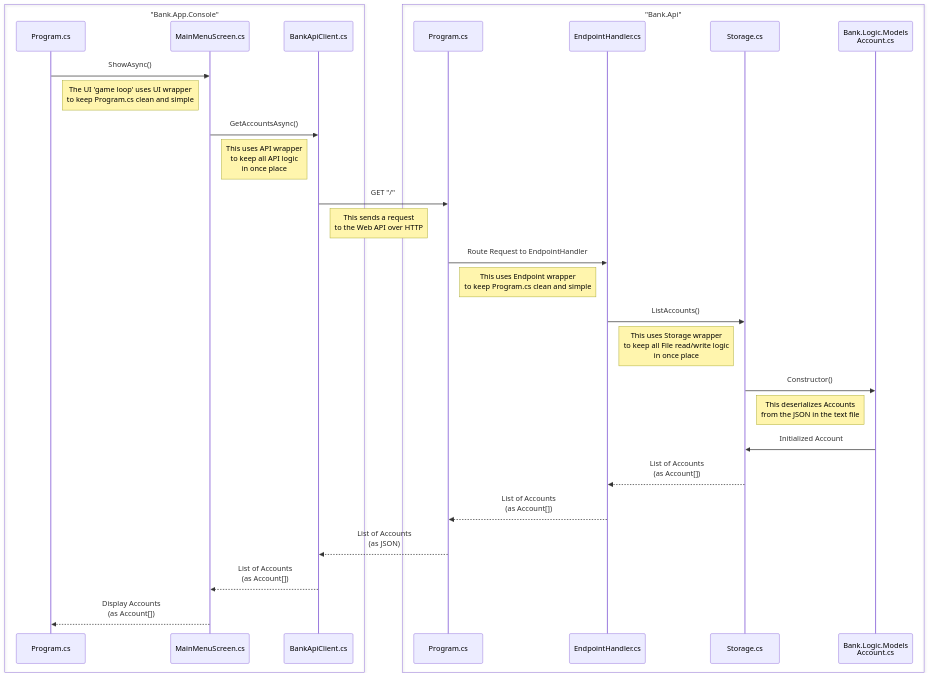
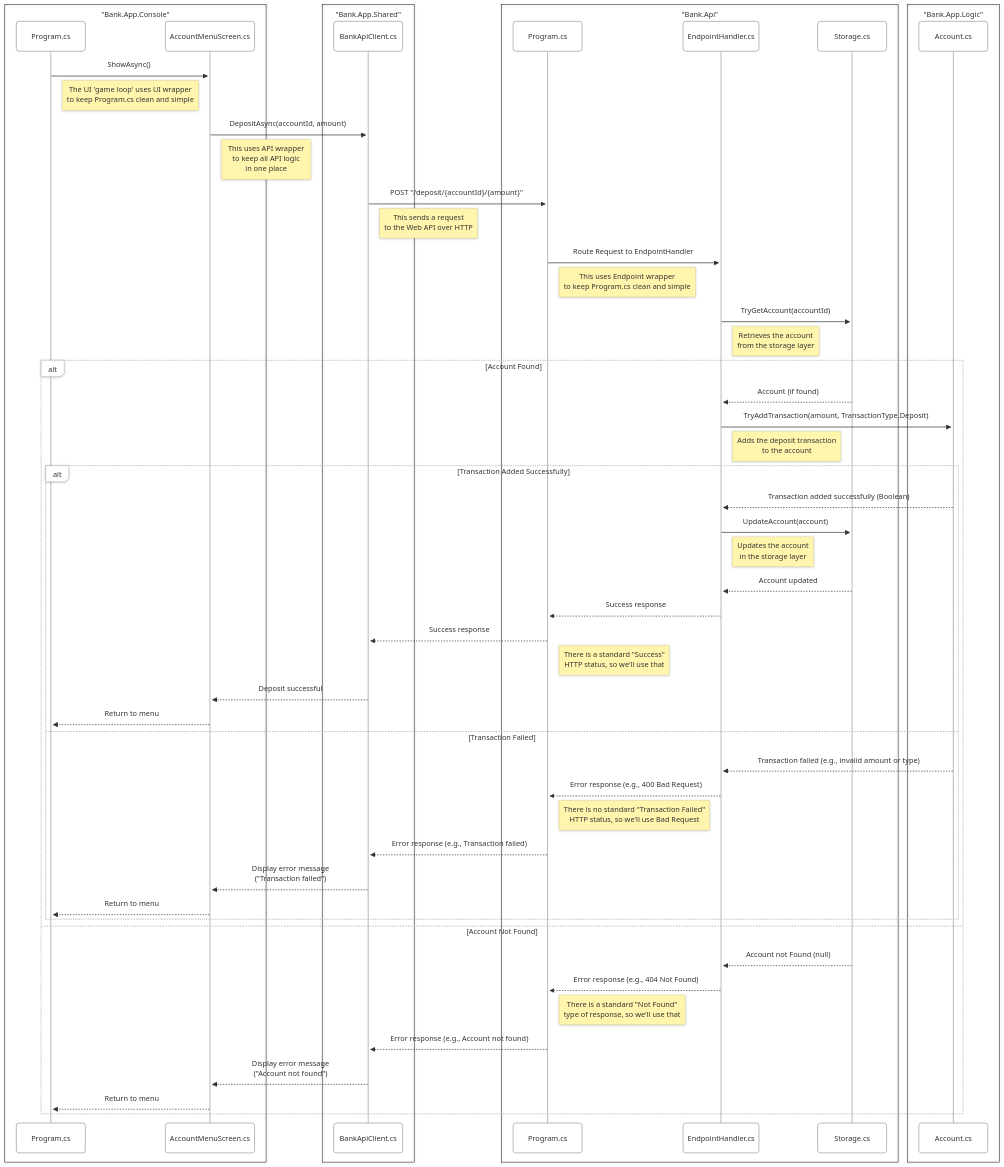
Before and after one commit to ColoradoChristianUniversity/CIS-230-SP25-W12: the second of 3 diagrams in README.md, drawn with Mermaid.

````diff
--- a/README.md
+++ b/README.md
@@ -65,34 +65,64 @@
 ```mermaid
+---
+config:
+  theme: neo
+  look: neo
+---
 sequenceDiagram
     box "Bank.App.Console"
         participant ConsoleApp as Program.cs
-        participant MainMenu as MainMenuScreen.cs
+        participant AccountMenu as AccountMenuScreen.cs
+    end
+    box "Bank.App.Shared"
         participant ApiClient as BankApiClient.cs
     end
-
     box "Bank.Api"
         participant Api as Program.cs
         participant Endpoint as EndpointHandler.cs
         participant Storage as Storage.cs
-        participant Account as Bank.Logic.Models<br/>Account.cs
+    end
+    box "Bank.App.Logic"
+        participant Account as Account.cs
     end
 
-    ConsoleApp->>MainMenu: ShowAsync()
+    ConsoleApp->>AccountMenu: ShowAsync()
     note right of ConsoleApp: The UI 'game loop' uses UI wrapper<br/>to keep Program.cs clean and simple
-    MainMenu->>ApiClient: GetAccountsAsync()
-    note right of MainMenu: This uses API wrapper<br/>to keep all API logic<br/>in once place
-    ApiClient->>Api: GET "/"
-    note right of ApiClient: This sends a request<br />to the Web API over HTTP
+    AccountMenu->>ApiClient: DepositAsync(accountId, amount)
+    note right of AccountMenu: This uses API wrapper<br/>to keep all API logic<br/>in one place
+    ApiClient->>Api: POST "/deposit/{accountId}/{amount}"
+    note right of ApiClient: This sends a request<br/>to the Web API over HTTP
     Api->>Endpoint: Route Request to EndpointHandler
     note right of Api: This uses Endpoint wrapper<br/>to keep Program.cs clean and simple
-    Endpoint->>Storage: ListAccounts()
-    note right of Endpoint: This uses Storage wrapper<br/>to keep all File read/write logic<br/>in once place
-    Storage->>Account: Constructor()
-    note right of Storage: This deserializes Accounts<br/>from the JSON in the text file
-    Account->>Storage: Initialized Account
-    Storage-->>Endpoint: List of Accounts<br/>(as Account[])
-    Endpoint-->>Api: List of Accounts<br/>(as Account[])
-    Api-->>ApiClient: List of Accounts<br/>(as JSON)
-    ApiClient-->>MainMenu: List of Accounts<br/>(as Account[])
-    MainMenu-->>ConsoleApp: Display Accounts<br/>(as Account[])
+    Endpoint->>Storage: TryGetAccount(accountId)
+    note right of Endpoint: Retrieves the account<br/>from the storage layer
+    alt Account Found
+        Storage-->>Endpoint: Account (if found)
+        Endpoint->>Account: TryAddTransaction(amount, TransactionType.Deposit)
+        note right of Endpoint: Adds the deposit transaction<br/>to the account
+        alt Transaction Added Successfully
+            Account-->>Endpoint: Transaction added successfully (Boolean)
+            Endpoint->>Storage: UpdateAccount(account)
+            note right of Endpoint: Updates the account<br/>in the storage layer
+            Storage-->>Endpoint: Account updated
+            Endpoint-->>Api: Success response
+            Api-->>ApiClient: Success response
+            note right of Api: There is a standard "Success"<br/>HTTP status, so we'll use that
+            ApiClient-->>AccountMenu: Deposit successful
+            AccountMenu-->>ConsoleApp: Return to menu
+        else Transaction Failed
+            Account-->>Endpoint: Transaction failed (e.g., invalid amount or type)
+            Endpoint-->>Api: Error response (e.g., 400 Bad Request)
+            note right of Api: There is no standard "Transaction Failed"<br/>HTTP status, so we'll use Bad Request
+            Api-->>ApiClient: Error response (e.g., Transaction failed)
+            ApiClient-->>AccountMenu: Display error message<br/>("Transaction failed")
+            AccountMenu-->>ConsoleApp: Return to menu
+        end
+    else Account Not Found
+        Storage-->>Endpoint: Account not Found (null)
+        Endpoint-->>Api: Error response (e.g., 404 Not Found)
+        note right of Api: There is a standard "Not Found"<br/>type of response, so we'll use that
+        Api-->>ApiClient: Error response (e.g., Account not found)
+        ApiClient-->>AccountMenu: Display error message<br/>("Account not found")
+        AccountMenu-->>ConsoleApp: Return to menu
+    end
 ```
````
